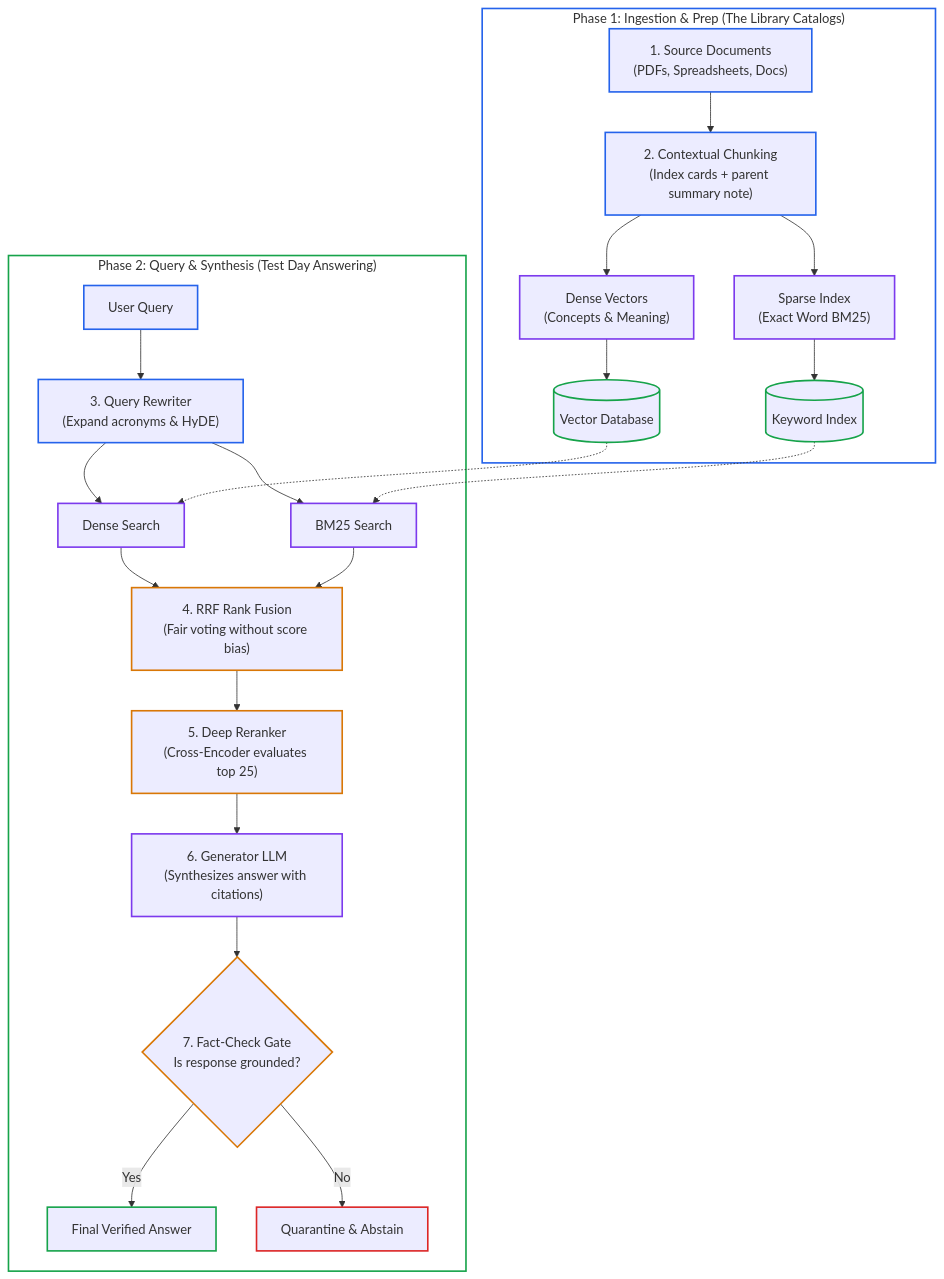
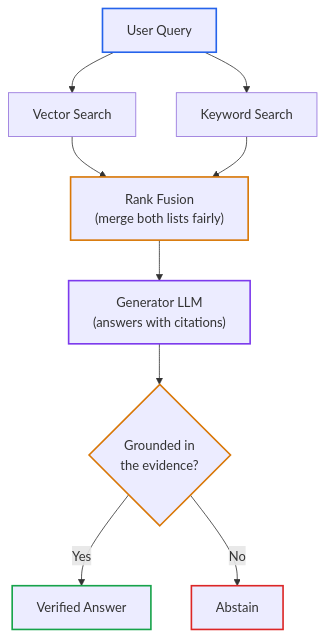
The fourth of 8 diagrams in .agents/skills/ai-curriculum-refactoring/references/diagram-guidelines.md (dip4k/senior-engineer-to-ai-engineer-roadmap), drawn with Mermaid before and after one commit. The commit also changed other lines of this file and 49 other files, not shown here.

````diff
--- a/.agents/skills/ai-curriculum-refactoring/references/diagram-guidelines.md
+++ b/.agents/skills/ai-curriculum-refactoring/references/diagram-guidelines.md
@@ -78,46 +98,18 @@
 ```mermaid
 flowchart TD
-    subgraph PHASE1["Phase 1: Ingestion & Prep (The Library Catalogs)"]
-        D["1. Source Documents<br>(PDFs, Spreadsheets, Docs)"] --> CC["2. Contextual Chunking<br>(Index cards + parent summary note)"]
-        CC --> E1["Dense Vectors<br>(Concepts & Meaning)"]
-        CC --> E2["Sparse Index<br>(Exact Word BM25)"]
-        E1 --> VDB[("Vector Database")]
-        E2 --> KDB[("Keyword Index")]
-    end
-
-    subgraph PHASE2["Phase 2: Query & Synthesis (Test Day Answering)"]
-        UQ["User Query"] --> QR["3. Query Rewriter<br>(Expand acronyms & HyDE)"]
-        QR --> H1["Dense Search"]
-        QR --> H2["BM25 Search"]
-        VDB -.-> H1
-        KDB -.-> H2
-        H1 --> RRF["4. RRF Rank Fusion<br>(Fair voting without score bias)"]
-        H2 --> RRF
-        RRF --> RR["5. Deep Reranker<br>(Cross-Encoder evaluates top 25)"]
-        RR --> LLM["6. Generator LLM<br>(Synthesizes answer with citations)"]
-        LLM --> GD{"7. Fact-Check Gate<br>Is response grounded?"}
-        GD -- "Yes" --> ANS["Final Verified Answer"]
-        GD -- "No" --> ABSTAIN["Quarantine & Abstain"]
-    end
-
-    style PHASE1 fill:none,stroke:#2563eb,stroke-width:2px
-    style PHASE2 fill:none,stroke:#16a34a,stroke-width:2px
-
-    style D stroke:#2563eb,stroke-width:2px
-    style CC stroke:#2563eb,stroke-width:2px
-    style E1 stroke:#7c3aed,stroke-width:2px
-    style E2 stroke:#7c3aed,stroke-width:2px
-    style VDB stroke:#16a34a,stroke-width:2px
-    style KDB stroke:#16a34a,stroke-width:2px
+    UQ["User Query"] --> H1["Vector Search"]
+    UQ --> H2["Keyword Search"]
+    H1 --> RRF["Rank Fusion<br>(merge both lists fairly)"]
+    H2 --> RRF
+    RRF --> LLM["Generator LLM<br>(answers with citations)"]
+    LLM --> GD{"Grounded in<br>the evidence?"}
+    GD -- "Yes" --> ANS["Verified Answer"]
+    GD -- "No" --> ABSTAIN["Abstain"]
 
     style UQ stroke:#2563eb,stroke-width:2px
-    style QR stroke:#2563eb,stroke-width:2px
-    style H1 stroke:#7c3aed,stroke-width:2px
-    style H2 stroke:#7c3aed,stroke-width:2px
     style RRF stroke:#d97706,stroke-width:2px
-    style RR stroke:#d97706,stroke-width:2px
     style LLM stroke:#7c3aed,stroke-width:2px
     style GD stroke:#d97706,stroke-width:2px
     style ANS stroke:#16a34a,stroke-width:2px
     style ABSTAIN stroke:#dc2626,stroke-width:2px
 ```
````
